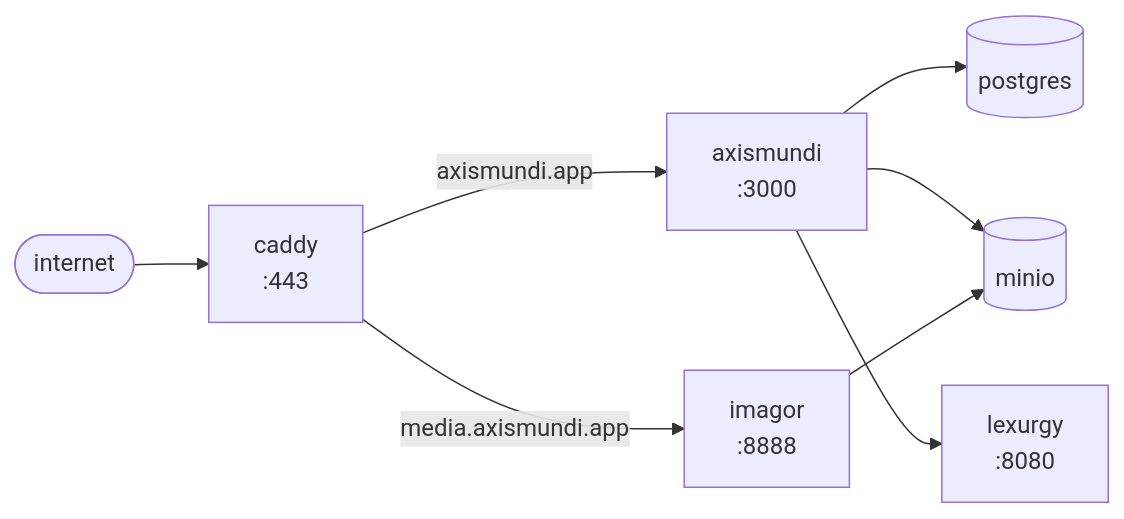
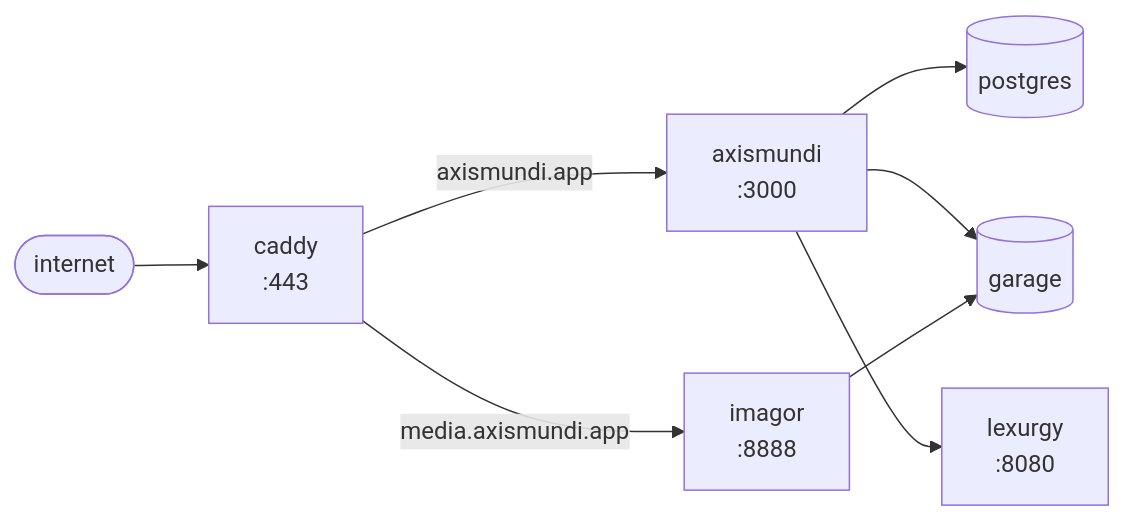
Before and after one commit to auctumnus/axismundi: the diagram in docs/deploy.md, drawn with Mermaid. The commit also changed other lines of this file and 18 other files, not shown here.

Commit message:
feat: switch to garage from minio

````diff
--- a/docs/deploy.md
+++ b/docs/deploy.md
@@ -10,17 +10,17 @@
 ```mermaid
 graph LR
     Caddy[caddy<br/>:443]
     App[axismundi<br/>:3000]
     PG[(postgres)]
-    Minio[(minio)]
+    Garage[(garage)]
     Imagor[imagor<br/>:8888]
     Lex[lexurgy<br/>:8080]
 
     Internet([internet]) --> Caddy
     Caddy -->|axismundi.app| App
     Caddy -->|media.axismundi.app| Imagor
     App --> PG
-    App --> Minio
+    App --> Garage
     App --> Lex
-    Imagor --> Minio
+    Imagor --> Garage
 ```
````
